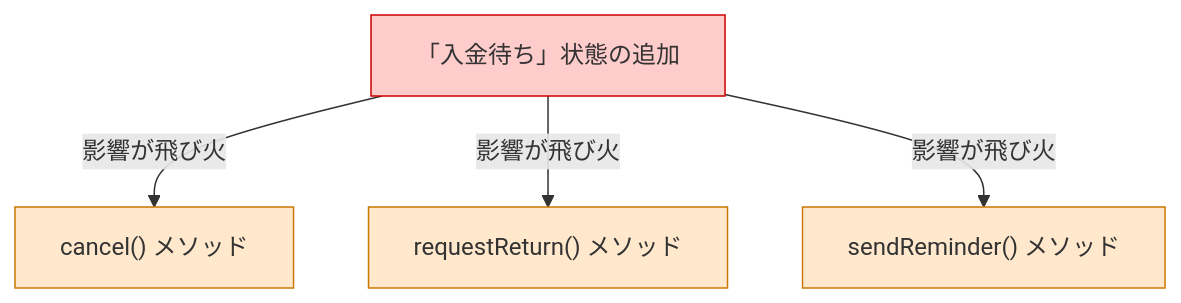
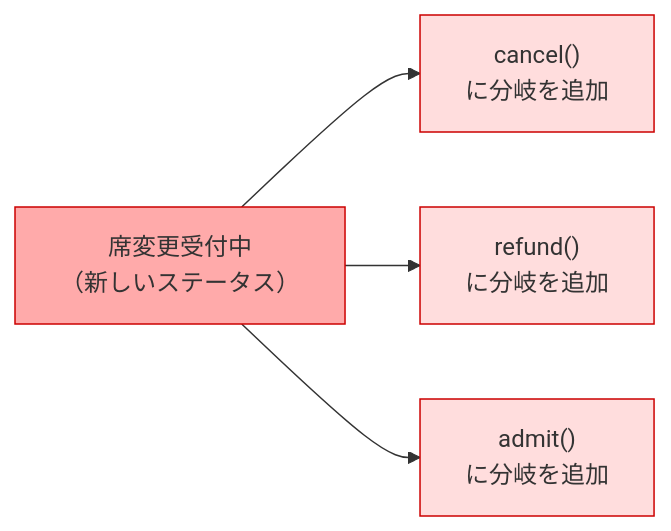
One commit to kumachan1101-pixel/DesignPattern changed the third of 8 diagrams in kindle/design-patterns/output/chapter03.md. Above: the diagram before and after it, drawn with Mermaid. The commit also changed other lines of this file and 1 other file, not shown here.

````diff
--- a/kindle/design-patterns/output/chapter03.md
+++ b/kindle/design-patterns/output/chapter03.md
@@ -229,16 +297,16 @@
 ```mermaid
-graph TD
-    T["「入金待ち」状態の追加"]
-    A["cancel() メソッド"]
-    B["requestReturn() メソッド"]
-    C["sendReminder() メソッド"]
+graph LR
+    新ステータス["席変更受付中\n（新しいステータス）"]
+    cancel["cancel()\nに分岐を追加"]
+    refund["refund()\nに分岐を追加"]
+    admit["admit()\nに分岐を追加"]
 
-    T -->|影響が飛び火| A
-    T -->|影響が飛び火| B
-    T -->|影響が飛び火| C
+    新ステータス --> cancel
+    新ステータス --> refund
+    新ステータス --> admit
 
-    style T fill:#ffcccc,stroke:#cc0000
-    style A fill:#ffe8cc,stroke:#cc7700
-    style B fill:#ffe8cc,stroke:#cc7700
-    style C fill:#ffe8cc,stroke:#cc7700
+    style 新ステータス fill:#ffaaaa,stroke:#cc0000
+    style cancel fill:#ffdddd,stroke:#cc0000
+    style refund fill:#ffdddd,stroke:#cc0000
+    style admit fill:#ffdddd,stroke:#cc0000
 ```
````
